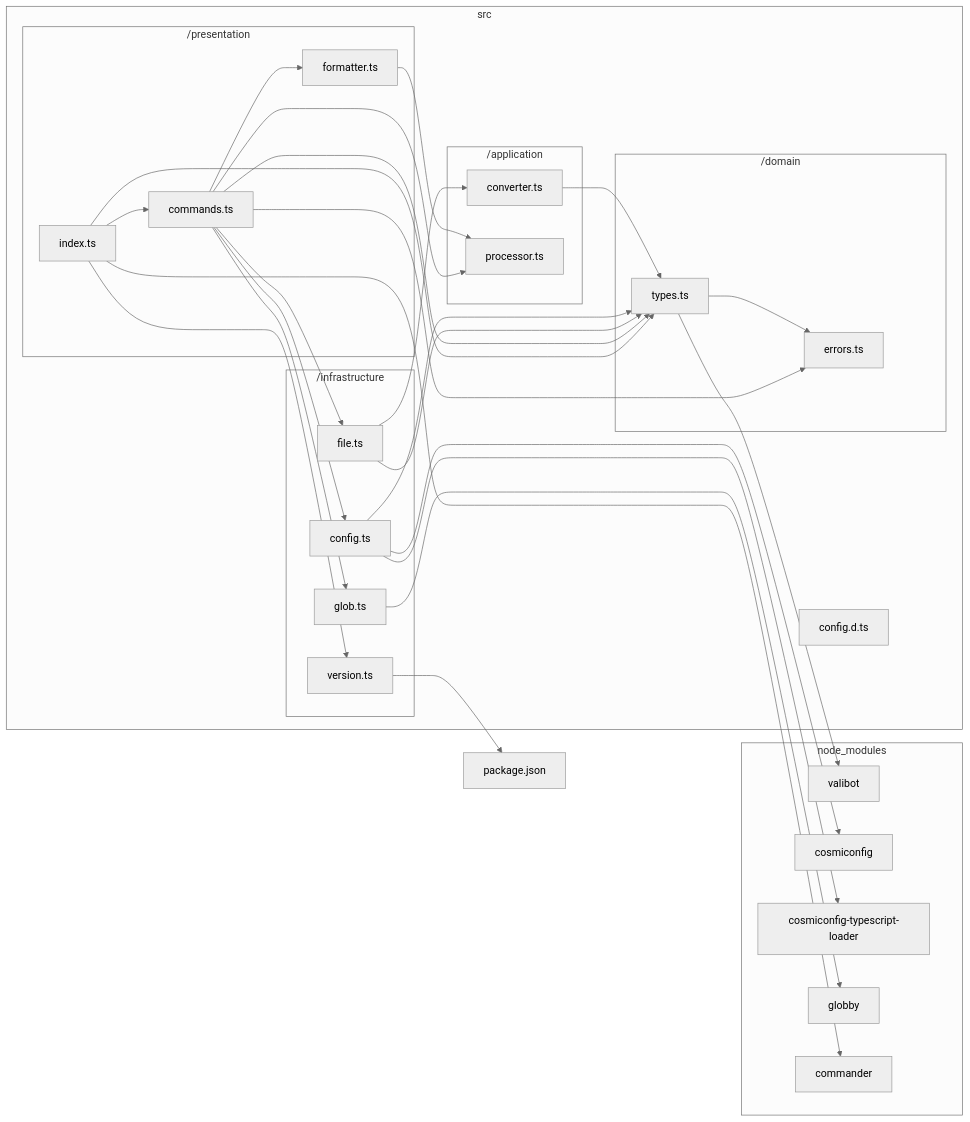
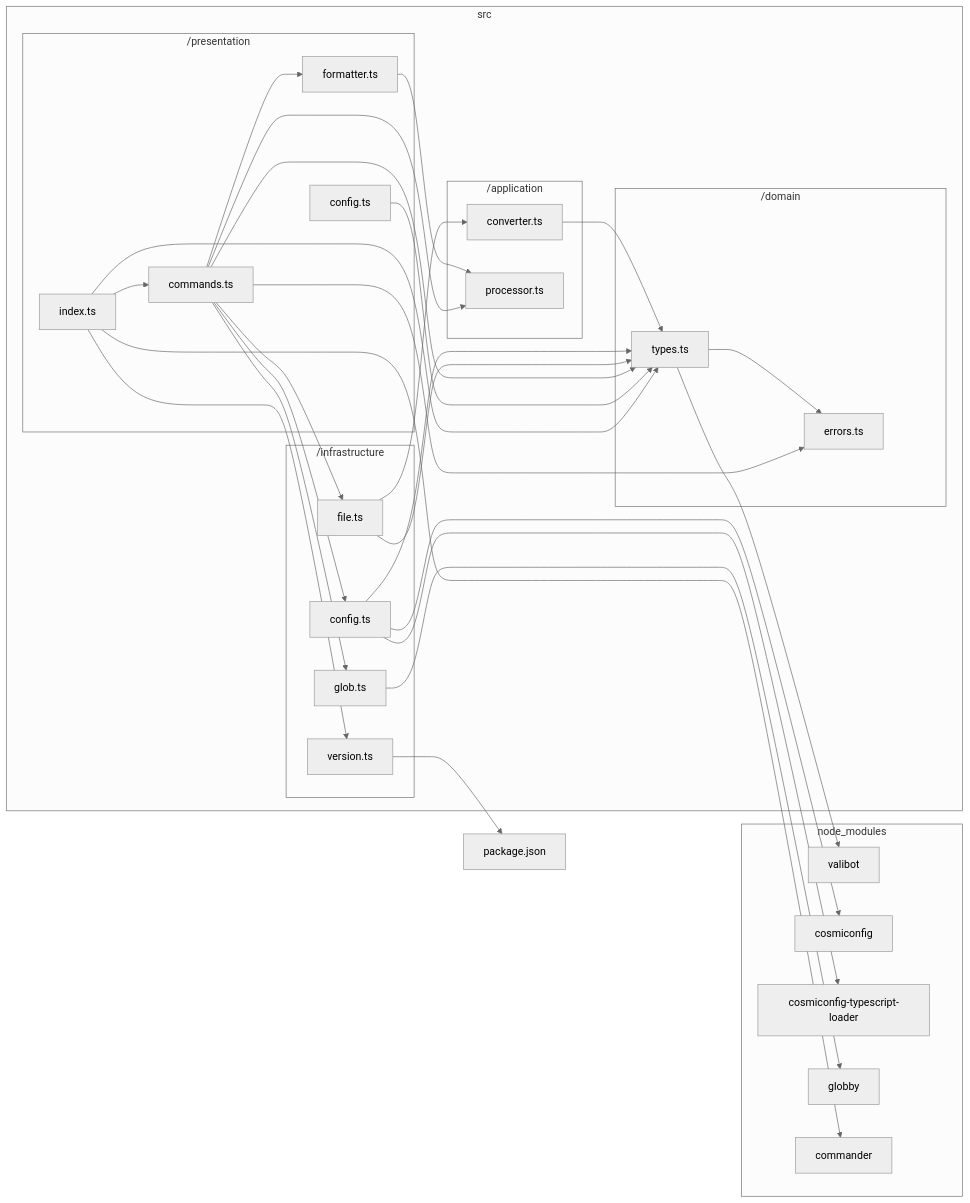
One commit to sugurutakahashi-1234/mermaid-markdown-wrap changed the diagram in docs/reports/dependencies/deps-graph.md. Above: the diagram before and after it, drawn with Mermaid (neutral theme). The commit also changed 11 other files, not shown here.

First line of the commit message:
feat: add JSON Schema support and configuration files [deps-change]

````diff
--- a/docs/reports/dependencies/deps-graph.md
+++ b/docs/reports/dependencies/deps-graph.md
@@ -7,54 +7,55 @@
 ```mermaid
 flowchart LR
     subgraph src["src"]
-        src/config.d.ts["config.d.ts"]
         subgraph src/domain["/domain"]
             src/domain/errors.ts["errors.ts"]
             src/domain/types.ts["types.ts"]
         end
         subgraph src/application["/application"]
             src/application/converter.ts["converter.ts"]
             src/application/processor.ts["processor.ts"]
         end
         subgraph src/infrastructure["/infrastructure"]
             src/infrastructure/config.ts["config.ts"]
             src/infrastructure/file.ts["file.ts"]
             src/infrastructure/glob.ts["glob.ts"]
             src/infrastructure/version.ts["version.ts"]
         end
         subgraph src/presentation["/presentation"]
             src/presentation/formatter.ts["formatter.ts"]
             src/presentation/commands.ts["commands.ts"]
+            src/presentation/config.ts["config.ts"]
             src/presentation/index.ts["index.ts"]
         end
     end
     subgraph node//modules["node_modules"]
         node//modules/valibot/dist/index.d.cts["valibot"]
         node//modules/cosmiconfig/dist/index.d.ts["cosmiconfig"]
         node//modules/cosmiconfig//typescript//loader/dist/types/index.d.ts["cosmiconfig-typescript-loader"]
         node//modules/globby/index.d.ts["globby"]
         node//modules/commander/typings/index.d.ts["commander"]
     end
     src/domain/types.ts-->node//modules/valibot/dist/index.d.cts
     src/domain/types.ts-->src/domain/errors.ts
     src/application/converter.ts-->src/domain/types.ts
     src/infrastructure/config.ts-->node//modules/cosmiconfig/dist/index.d.ts
     src/infrastructure/config.ts-->node//modules/cosmiconfig//typescript//loader/dist/types/index.d.ts
     src/infrastructure/config.ts-->src/domain/types.ts
     src/infrastructure/file.ts-->src/application/converter.ts
     src/infrastructure/file.ts-->src/domain/types.ts
     src/infrastructure/glob.ts-->node//modules/globby/index.d.ts
     src/infrastructure/version.ts-->package.json
     src/presentation/formatter.ts-->src/application/processor.ts
     src/presentation/commands.ts-->src/application/processor.ts
     src/presentation/commands.ts-->src/domain/errors.ts
     src/presentation/commands.ts-->src/domain/types.ts
     src/presentation/commands.ts-->src/infrastructure/config.ts
     src/presentation/commands.ts-->src/infrastructure/file.ts
     src/presentation/commands.ts-->src/infrastructure/glob.ts
     src/presentation/commands.ts-->src/presentation/formatter.ts
+    src/presentation/config.ts-->src/domain/types.ts
     src/presentation/index.ts-->node//modules/commander/typings/index.d.ts
     src/presentation/index.ts-->src/domain/types.ts
     src/presentation/index.ts-->src/infrastructure/version.ts
     src/presentation/index.ts-->src/presentation/commands.ts
 ```
````
